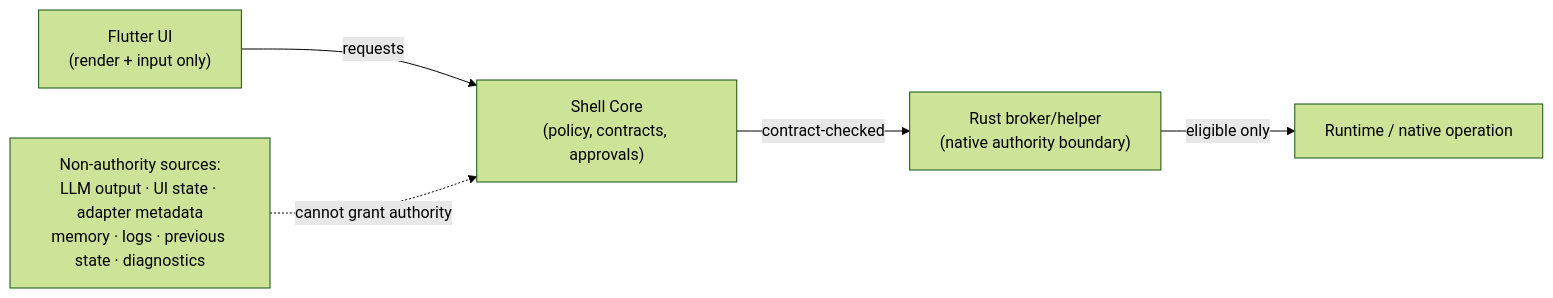
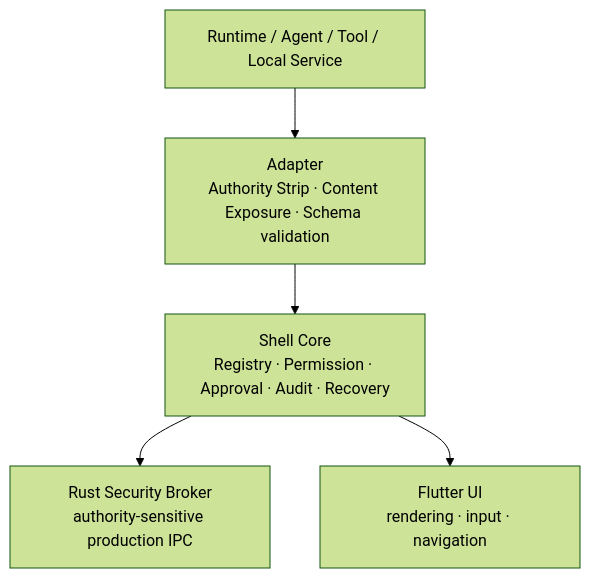
One commit to gatchimuchio/GUI-Shell-Public changed the diagram in README.md. Above: the diagram before and after it, drawn with Mermaid (forest theme). The commit also changed other lines of this file and 204 other files, not shown here.

````diff
--- a/README.md
+++ b/README.md
@@ -64,14 +64,12 @@
 ```mermaid
-flowchart LR
-    UI["Flutter UI<br/>(render + input only)"]
-    Core["Shell Core<br/>(policy, contracts, approvals)"]
-    Broker["Rust broker/helper<br/>(native authority boundary)"]
-    RT["Runtime / native operation"]
+flowchart TD
+    TARGET["Runtime / Agent / Tool / Local Service"]
+    ADAPTER["Adapter<br/>Authority Strip · Content Exposure · Schema validation"]
+    CORE["Shell Core<br/>Registry · Permission · Approval · Audit · Recovery"]
+    BROKER["Rust Security Broker<br/>authority-sensitive production IPC"]
+    UI["Flutter UI<br/>rendering · input · navigation"]
 
-    UI -->|requests| Core
-    Core -->|contract-checked| Broker
-    Broker -->|eligible only| RT
-
-    NA["Non-authority sources:<br/>LLM output · UI state · adapter metadata<br/>memory · logs · previous state · diagnostics"]
-    NA -.->|cannot grant authority| Core
+    TARGET --> ADAPTER --> CORE
+    CORE --> BROKER
+    CORE --> UI
 ```
````
